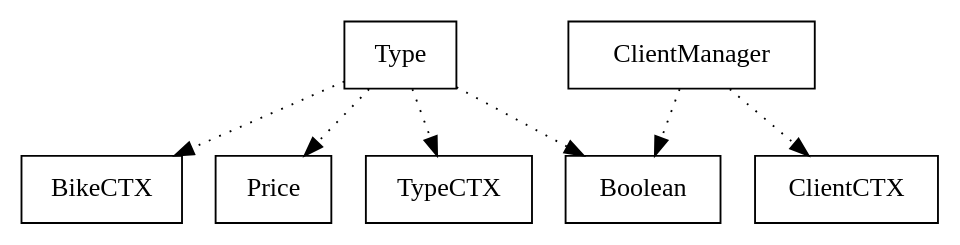
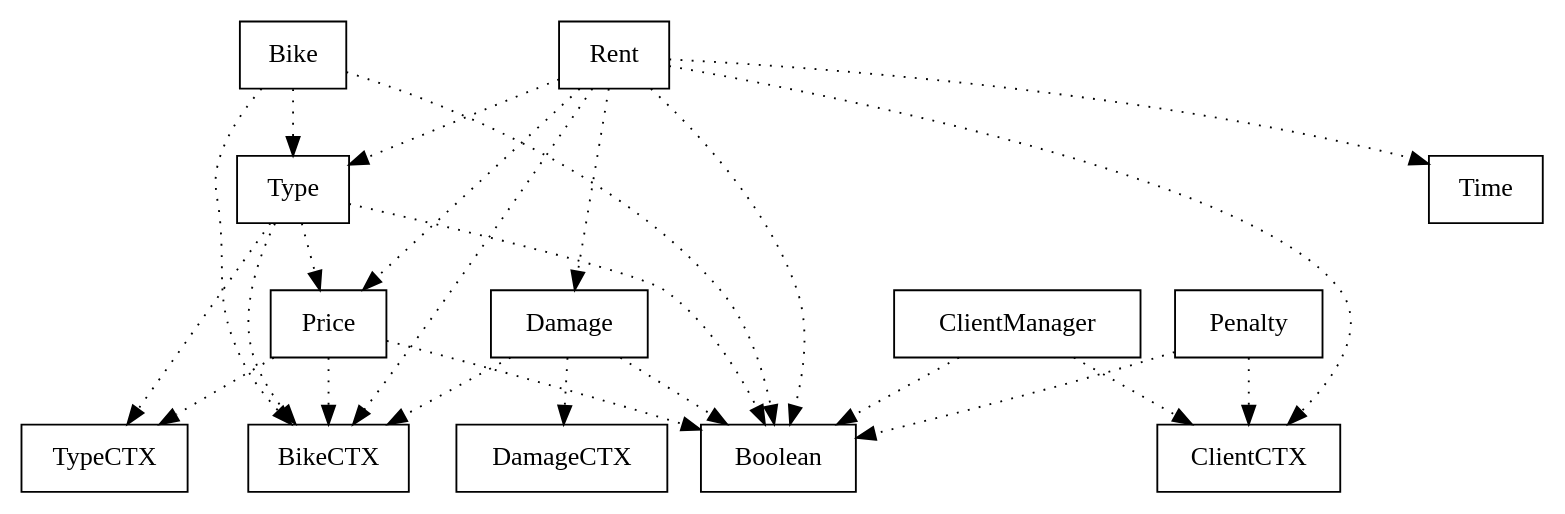
Before and after one commit to rafaelfqueiroz/locabike: the diagram in LocaBike/bdp/LocaBike.dot, drawn with Graphviz. The commit also changed 23 other files, not shown here.

```diff
--- a/LocaBike/bdp/LocaBike.dot
+++ b/LocaBike/bdp/LocaBike.dot
@@ -1,16 +1,40 @@
 digraph {
+Bike [ label=" Bike " shape= box ]
 BikeCTX [ label=" BikeCTX " shape= box ]
 Boolean [ label=" Boolean " shape= box ]
 ClientCTX [ label=" ClientCTX " shape= box ]
 ClientManager [ label=" ClientManager " shape= box ]
+Damage [ label=" Damage " shape= box ]
+DamageCTX [ label=" DamageCTX " shape= box ]
+Penalty [ label=" Penalty " shape= box ]
 Price [ label=" Price " shape= box ]
+Rent [ label=" Rent " shape= box ]
+Time [ label=" Time " shape= box ]
 Type [ label=" Type " shape= box ]
 TypeCTX [ label=" TypeCTX " shape= box ]
 
+"Bike" -> "Boolean" [style= dotted ]
+"Bike" -> "BikeCTX" [style= dotted ]
+"Bike" -> "Type" [style= dotted ]
 "ClientManager" -> "ClientCTX" [style= dotted ]
 "ClientManager" -> "Boolean" [style= dotted ]
+"Damage" -> "DamageCTX" [style= dotted ]
+"Damage" -> "BikeCTX" [style= dotted ]
+"Damage" -> "Boolean" [style= dotted ]
+"Penalty" -> "Boolean" [style= dotted ]
+"Penalty" -> "ClientCTX" [style= dotted ]
+"Price" -> "TypeCTX" [style= dotted ]
+"Price" -> "Boolean" [style= dotted ]
+"Price" -> "BikeCTX" [style= dotted ]
+"Rent" -> "Boolean" [style= dotted ]
+"Rent" -> "Type" [style= dotted ]
+"Rent" -> "Time" [style= dotted ]
+"Rent" -> "Price" [style= dotted ]
+"Rent" -> "Damage" [style= dotted ]
+"Rent" -> "ClientCTX" [style= dotted ]
+"Rent" -> "BikeCTX" [style= dotted ]
 "Type" -> "Boolean" [style= dotted ]
 "Type" -> "BikeCTX" [style= dotted ]
 "Type" -> "TypeCTX" [style= dotted ]
 "Type" -> "Price" [style= dotted ]
 }
```
